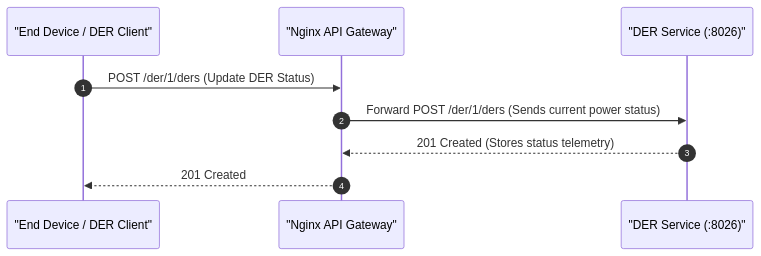
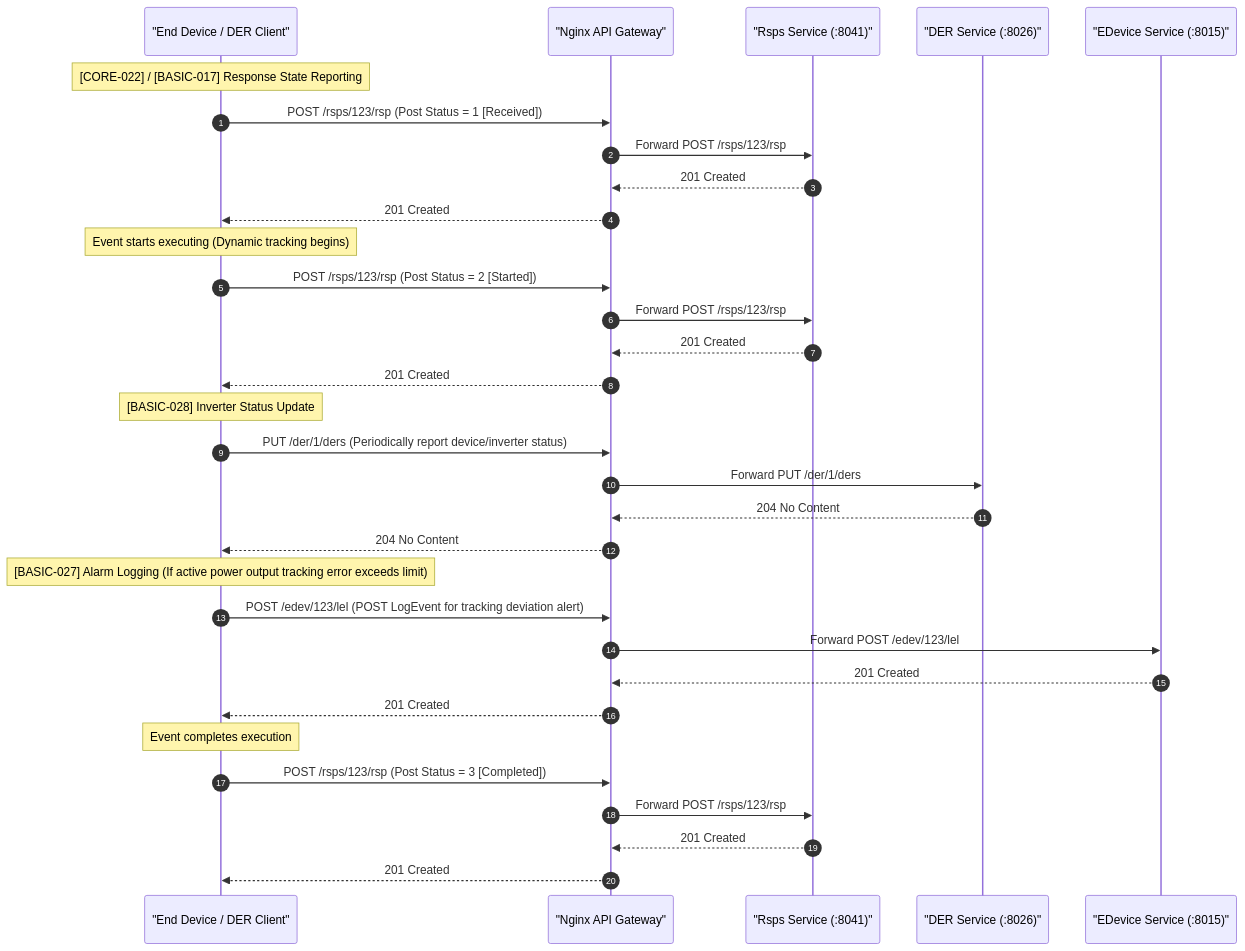
The fifth of 6 diagrams in lifecycles/regulation.md (Tylores/egot), drawn with Mermaid before and after one commit. The commit also changed other lines of this file and 68 other files, not shown here.

Commit message:
refactor: migrate to microservices architecture, add validation tools and scenario tests

````diff
--- a/lifecycles/regulation.md
+++ b/lifecycles/regulation.md
@@ -89,12 +129,39 @@
 ```mermaid
 sequenceDiagram
     autonumber
     participant Client as "End Device / DER Client"
     participant GW as "Nginx API Gateway"
+    participant RSPS as "Rsps Service (:8041)"
     participant DER as "DER Service (:8026)"
+    participant EDev as "EDevice Service (:8015)"
 
-    Client->>GW: POST /der/1/ders (Update DER Status)
-    GW->>DER: Forward POST /der/1/ders (Sends current power status)
-    DER-->>GW: 201 Created (Stores status telemetry)
+    Note over Client: [CORE-022] / [BASIC-017] Response State Reporting
+    Client->>GW: POST /rsps/123/rsp (Post Status = 1 [Received])
+    GW->>RSPS: Forward POST /rsps/123/rsp
+    RSPS-->>GW: 201 Created
+    GW-->>Client: 201 Created
+
+    Note over Client: Event starts executing (Dynamic tracking begins)
+    Client->>GW: POST /rsps/123/rsp (Post Status = 2 [Started])
+    GW->>RSPS: Forward POST /rsps/123/rsp
+    RSPS-->>GW: 201 Created
+    GW-->>Client: 201 Created
+
+    Note over Client: [BASIC-028] Inverter Status Update
+    Client->>GW: PUT /der/1/ders (Periodically report device/inverter status)
+    GW->>DER: Forward PUT /der/1/ders
+    DER-->>GW: 204 No Content
+    GW-->>Client: 204 No Content
+
+    Note over Client: [BASIC-027] Alarm Logging (If active power output tracking error exceeds limit)
+    Client->>GW: POST /edev/123/lel (POST LogEvent for tracking deviation alert)
+    GW->>EDev: Forward POST /edev/123/lel
+    EDev-->>GW: 201 Created
+    GW-->>Client: 201 Created
+
+    Note over Client: Event completes execution
+    Client->>GW: POST /rsps/123/rsp (Post Status = 3 [Completed])
+    GW->>RSPS: Forward POST /rsps/123/rsp
+    RSPS-->>GW: 201 Created
     GW-->>Client: 201 Created
 ```
````
